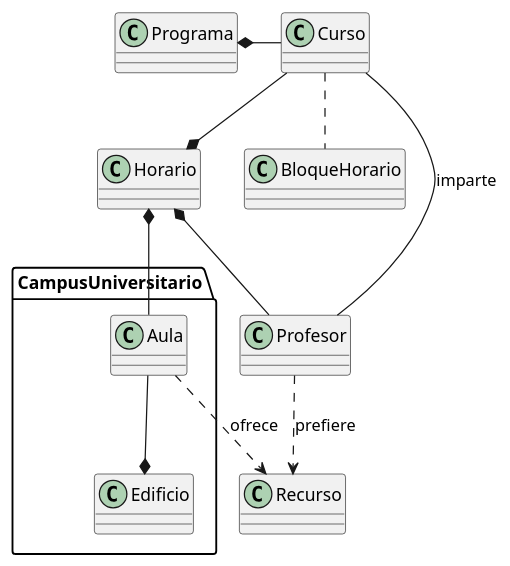
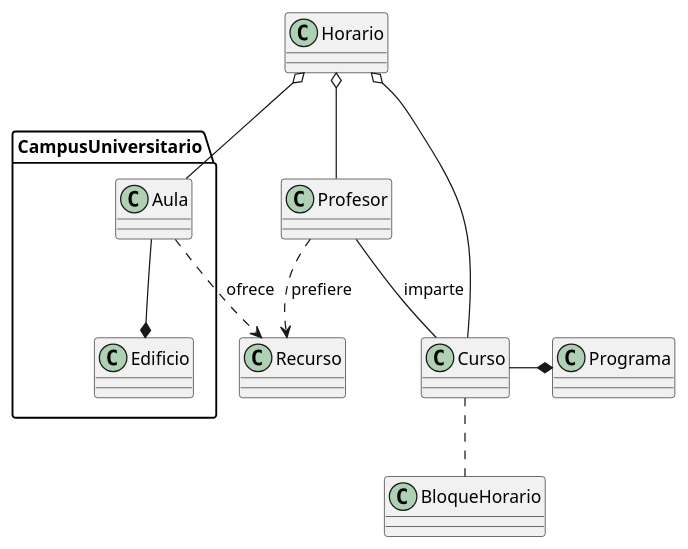
The diagram in RUP/00-casos-uso/00-modelo-del-dominio/modelo-dominio.puml (Hexcss/scheduler), drawn with PlantUML before and after one commit. The commit also changed 3 other files, not shown here.

```diff
--- a/RUP/00-casos-uso/00-modelo-del-dominio/modelo-dominio.puml
+++ b/RUP/00-casos-uso/00-modelo-del-dominio/modelo-dominio.puml
@@ -1,22 +1,21 @@
 @startuml
 
 Profesor -d- Curso : imparte
 
-Programa *-r- Curso
+Curso -r-* Programa
 
 package CampusUniversitario {
     Edificio *-u- Aula
 }
 
-
-Horario *-- Aula
-Horario *-u- Curso
-Horario *-- Profesor
+Horario o-- Aula
+Horario o-d- Curso
+Horario o-- Profesor
 
 Profesor ..> Recurso : prefiere
 Aula ..> Recurso : ofrece
 
 Curso .. BloqueHorario
 
 
 @enduml
```
